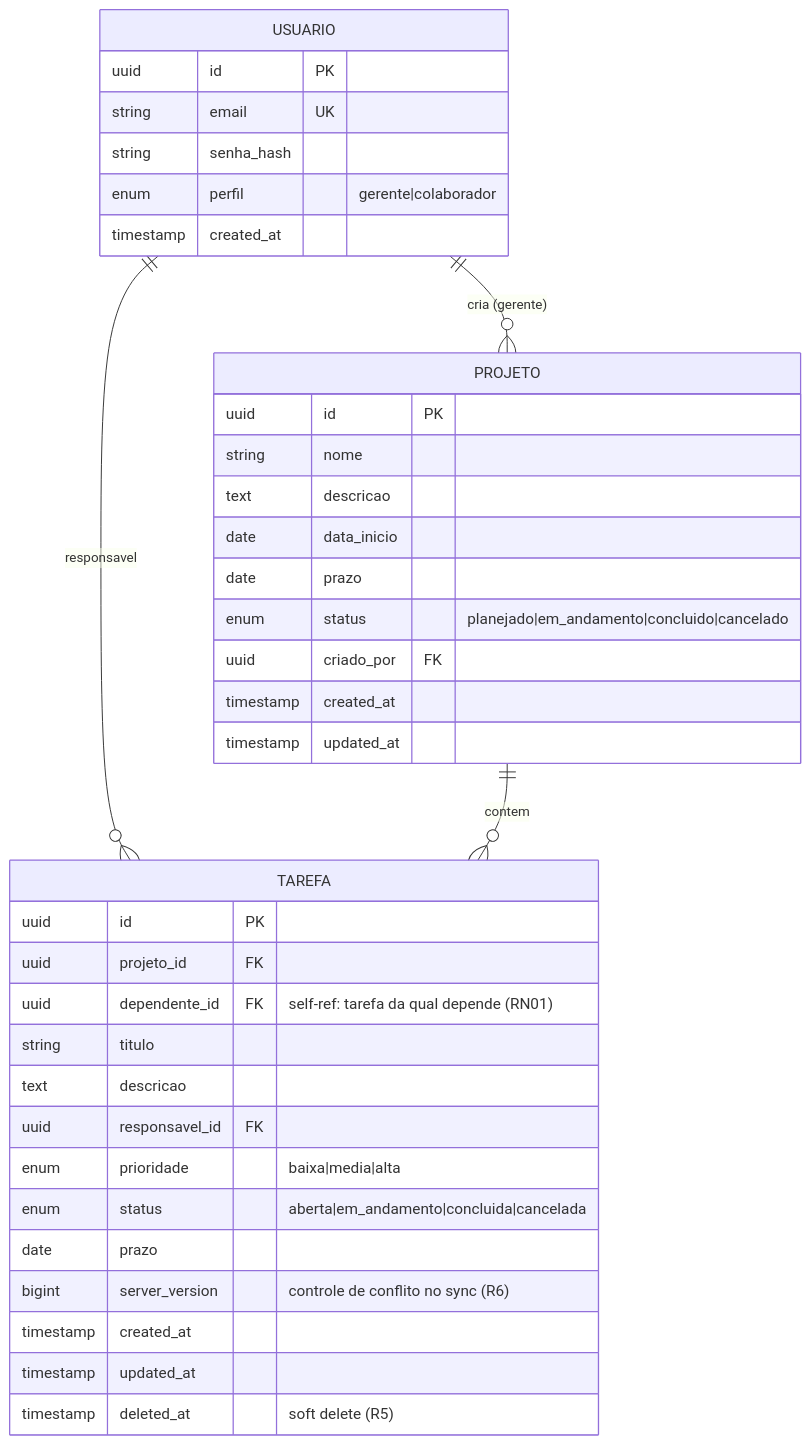
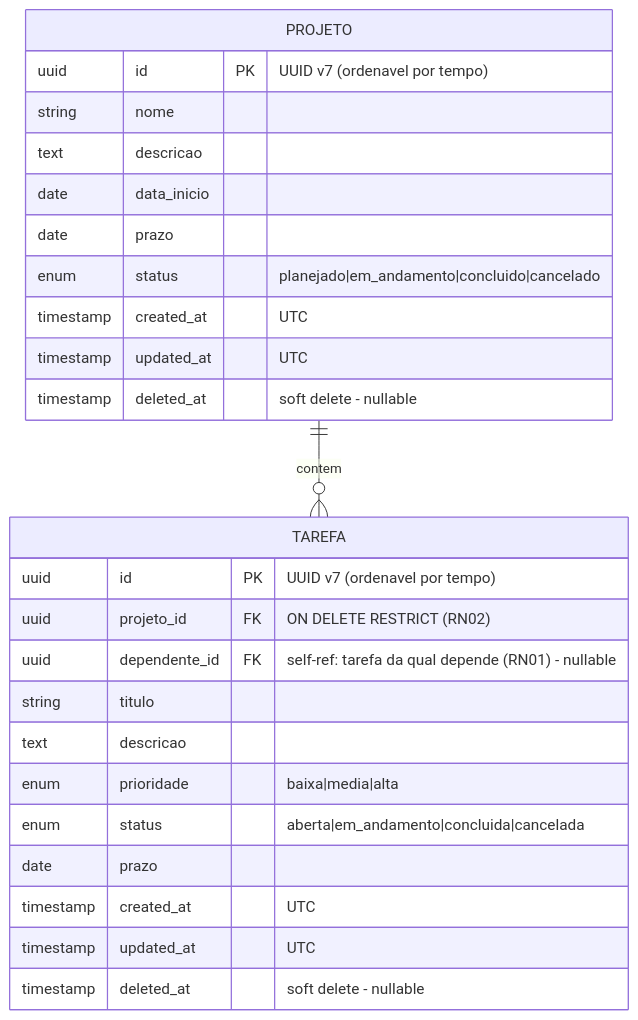
The diagram in docs/modelo-dados.md (joao-pedro-gms/BrainOutApp), drawn with Mermaid before and after one commit. The commit also changed other lines of this file and 4 other files, not shown here.

````diff
--- a/docs/modelo-dados.md
+++ b/docs/modelo-dados.md
@@ -5,42 +7,30 @@
 ```mermaid
 erDiagram
-    USUARIO ||--o{ PROJETO : "cria (gerente)"
-    USUARIO ||--o{ TAREFA : "responsavel"
     PROJETO ||--o{ TAREFA : "contem"
 
-    USUARIO {
-        uuid id PK
-        string email UK
-        string senha_hash
-        enum perfil "gerente|colaborador"
-        timestamp created_at
-    }
-
     PROJETO {
-        uuid id PK
+        uuid id PK "UUID v7 (ordenavel por tempo)"
         string nome
         text descricao
         date data_inicio
         date prazo
         enum status "planejado|em_andamento|concluido|cancelado"
-        uuid criado_por FK
-        timestamp created_at
-        timestamp updated_at
+        timestamp created_at "UTC"
+        timestamp updated_at "UTC"
+        timestamp deleted_at "soft delete - nullable"
     }
 
     TAREFA {
-        uuid id PK
-        uuid projeto_id FK
-        uuid dependente_id FK "self-ref: tarefa da qual depende (RN01)"
+        uuid id PK "UUID v7 (ordenavel por tempo)"
+        uuid projeto_id FK "ON DELETE RESTRICT (RN02)"
+        uuid dependente_id FK "self-ref: tarefa da qual depende (RN01) - nullable"
         string titulo
         text descricao
-        uuid responsavel_id FK
         enum prioridade "baixa|media|alta"
         enum status "aberta|em_andamento|concluida|cancelada"
         date prazo
-        bigint server_version "controle de conflito no sync (R6)"
-        timestamp created_at
-        timestamp updated_at
-        timestamp deleted_at "soft delete (R5)"
+        timestamp created_at "UTC"
+        timestamp updated_at "UTC"
+        timestamp deleted_at "soft delete - nullable"
     }
 ```
````
